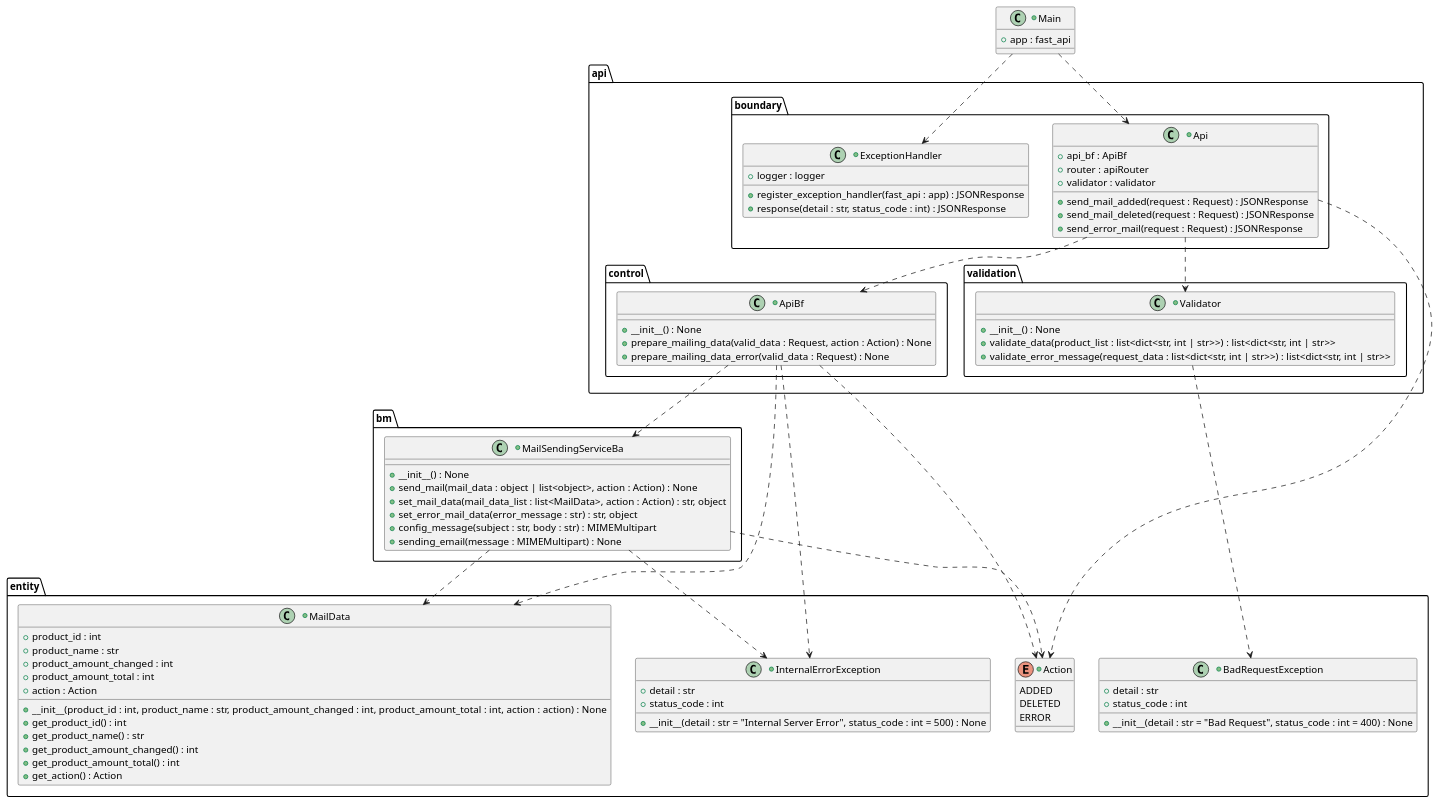
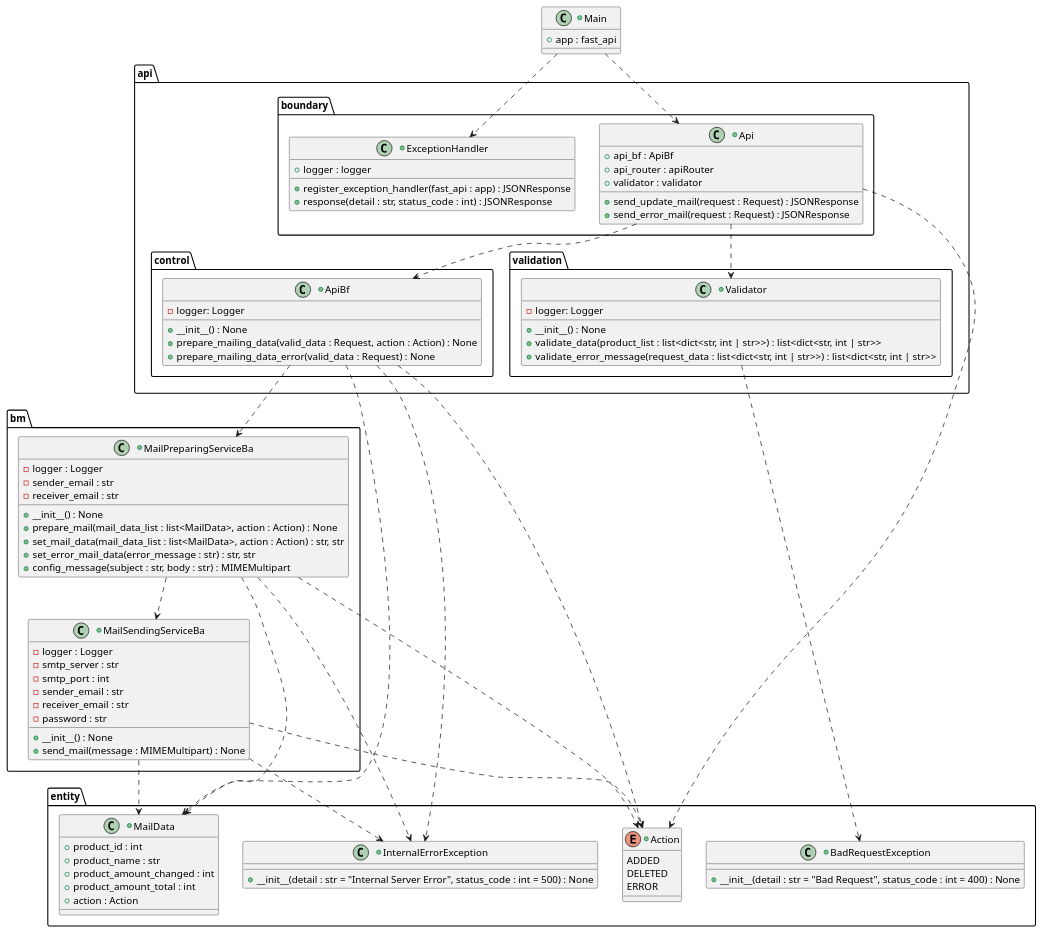
The diagram in doc/documentation/mailingService/classDiagram.puml (Marcey1611/stock-tracker-project-sysad-ws2425), drawn with PlantUML before and after one commit. The commit also changed 5 other files, not shown here.

Commit message:
SYSAD-45: Updated class and sequence diagram.

```diff
--- a/doc/documentation/mailingService/classDiagram.puml
+++ b/doc/documentation/mailingService/classDiagram.puml
@@ -1,110 +1,119 @@
 @startuml
 
 package api {
     package boundary {
         +class Api {
             +api_bf : ApiBf
-            +router : apiRouter
+            +api_router : apiRouter
             +validator : validator
 
-            +send_mail_added(request : Request) : JSONResponse
-            +send_mail_deleted(request : Request) : JSONResponse
+            +send_update_mail(request : Request) : JSONResponse
             +send_error_mail(request : Request) : JSONResponse
         }
 
         +class ExceptionHandler {
             +logger : logger
 
             +register_exception_handler(fast_api : app) : JSONResponse
             +response(detail : str, status_code : int) : JSONResponse
         }
     }
 
     package control {
         +class ApiBf {
+            - logger: Logger
+
             +__init__() : None
             +prepare_mailing_data(valid_data : Request, action : Action) : None
             +prepare_mailing_data_error(valid_data : Request) : None
         }
     }
 
     package validation {
         +class Validator {
-            +__init__() : None
-            +validate_data(product_list : list<dict<str, int | str>>) : list<dict<str, int | str>>
-            +validate_error_message(request_data : list<dict<str, int | str>>) : list<dict<str, int | str>>
+            - logger: Logger
+
+            + __init__() : None
+            + validate_data(product_list : list<dict<str, int | str>>) : list<dict<str, int | str>>
+            + validate_error_message(request_data : list<dict<str, int | str>>) : list<dict<str, int | str>>
         }
     }
 }
 
 package bm {
+    +class MailPreparingServiceBa {
+        - logger : Logger
+        - sender_email : str
+        - receiver_email : str
+
+        + __init__() : None
+        + prepare_mail(mail_data_list : list<MailData>, action : Action) : None
+        + set_mail_data(mail_data_list : list<MailData>, action : Action) : str, str
+        + set_error_mail_data(error_message : str) : str, str
+        + config_message(subject : str, body : str) : MIMEMultipart
+    }
     +class MailSendingServiceBa {
-        +__init__() : None
-        +send_mail(mail_data : object | list<object>, action : Action) : None
-        +set_mail_data(mail_data_list : list<MailData>, action : Action) : str, object
-        +set_error_mail_data(error_message : str) : str, object
-        +config_message(subject : str, body : str) : MIMEMultipart
-        +sending_email(message : MIMEMultipart) : None
+        - logger : Logger
+        - smtp_server : str
+        - smtp_port : int
+        - sender_email : str
+        - receiver_email : str
+        - password : str
+
+        + __init__() : None
+        + send_mail(message : MIMEMultipart) : None
     }
 }
 
 package entity {
     +class MailData {
-        +product_id : int
-        +product_name : str
-        +product_amount_changed : int
-        +product_amount_total : int
-        +action : Action
-
-        +__init__(product_id : int, product_name : str, product_amount_changed : int, product_amount_total : int, action : action) : None
-        +get_product_id() : int
-        +get_product_name() : str
-        +get_product_amount_changed() : int
-        +get_product_amount_total() : int
-        +get_action() : Action
+        + product_id : int
+        + product_name : str
+        + product_amount_changed : int
+        + product_amount_total : int
+        + action : Action
     }
 
     +enum Action {
         ADDED
         DELETED
         ERROR
     }
 
     +class InternalErrorException {
-        +detail : str
-        +status_code : int
-
-        +__init__(detail : str = "Internal Server Error", status_code : int = 500) : None
+        + __init__(detail : str = "Internal Server Error", status_code : int = 500) : None
     }
 
     +class BadRequestException {
-        +detail : str
-        +status_code : int
-
         +__init__(detail : str = "Bad Request", status_code : int = 400) : None
     }
 }
 
 +class Main {
     +app : fast_api
 }
 
 Main ..> ExceptionHandler
 Main ..> Api
 
 Api ..> Validator
 Api ..> ApiBf
 Api ..> Action
 
 ApiBf ..> MailData
-ApiBf ..> MailSendingServiceBa
+ApiBf ..> MailPreparingServiceBa
 ApiBf ..> InternalErrorException
 ApiBf ..> Action
 
 Validator ..> BadRequestException
+
+MailPreparingServiceBa ..> MailSendingServiceBa
+MailPreparingServiceBa ..> Action
+MailPreparingServiceBa ..> InternalErrorException
+MailPreparingServiceBa ..> MailData
 
 MailSendingServiceBa ..> Action
 MailSendingServiceBa ..> InternalErrorException
 MailSendingServiceBa ..> MailData
 
 @enduml
```
